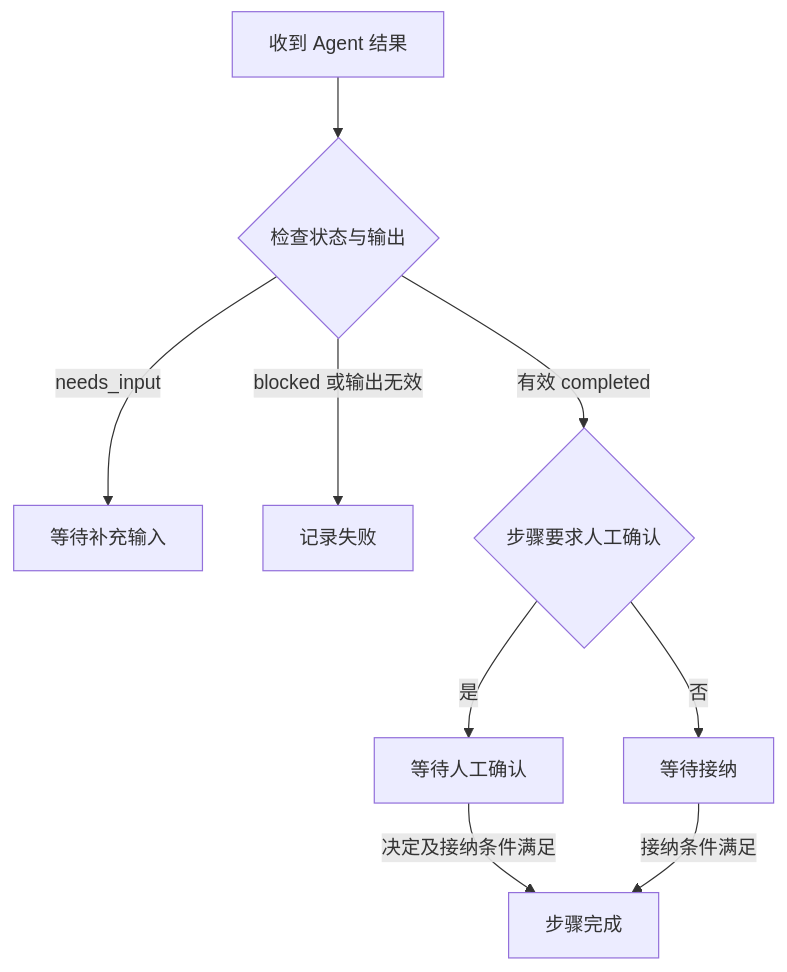
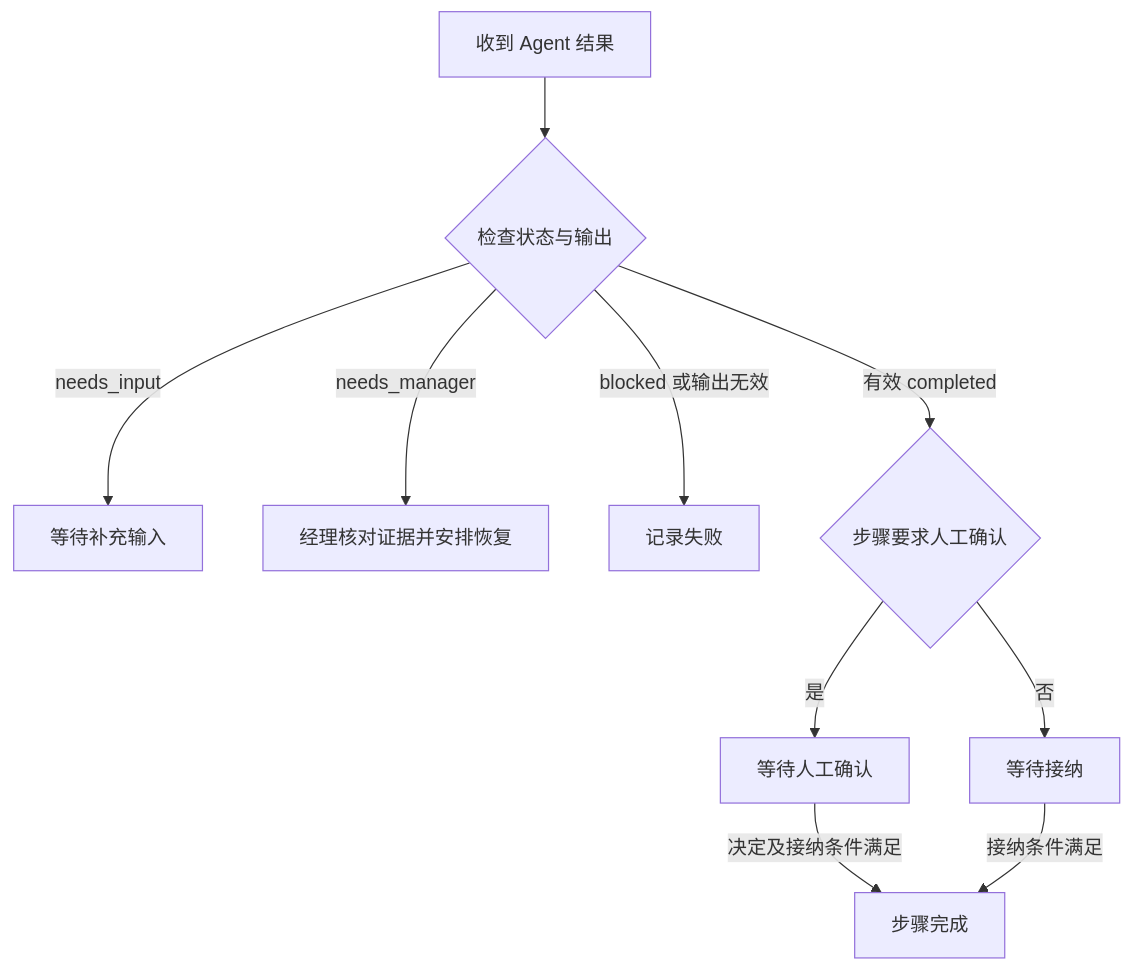
One commit to xfork24/devdesk changed the diagram in docs/design/workflow.md. Above: the diagram before and after it, drawn with Mermaid. The commit also changed other lines of this file and 48 other files, not shown here.

````diff
--- a/docs/design/workflow.md
+++ b/docs/design/workflow.md
@@ -38,11 +42,12 @@
 ```mermaid
 flowchart TD
     R[收到 Agent 结果] --> V{检查状态与输出}
     V -->|needs_input| I[等待补充输入]
+    V -->|needs_manager| M[经理核对证据并安排恢复]
     V -->|blocked 或输出无效| F[记录失败]
     V -->|有效 completed| H{步骤要求人工确认}
     H -->|是| C[等待人工确认]
     H -->|否| A[等待接纳]
     C -->|决定及接纳条件满足| D[步骤完成]
     A -->|接纳条件满足| D
 ```
````
